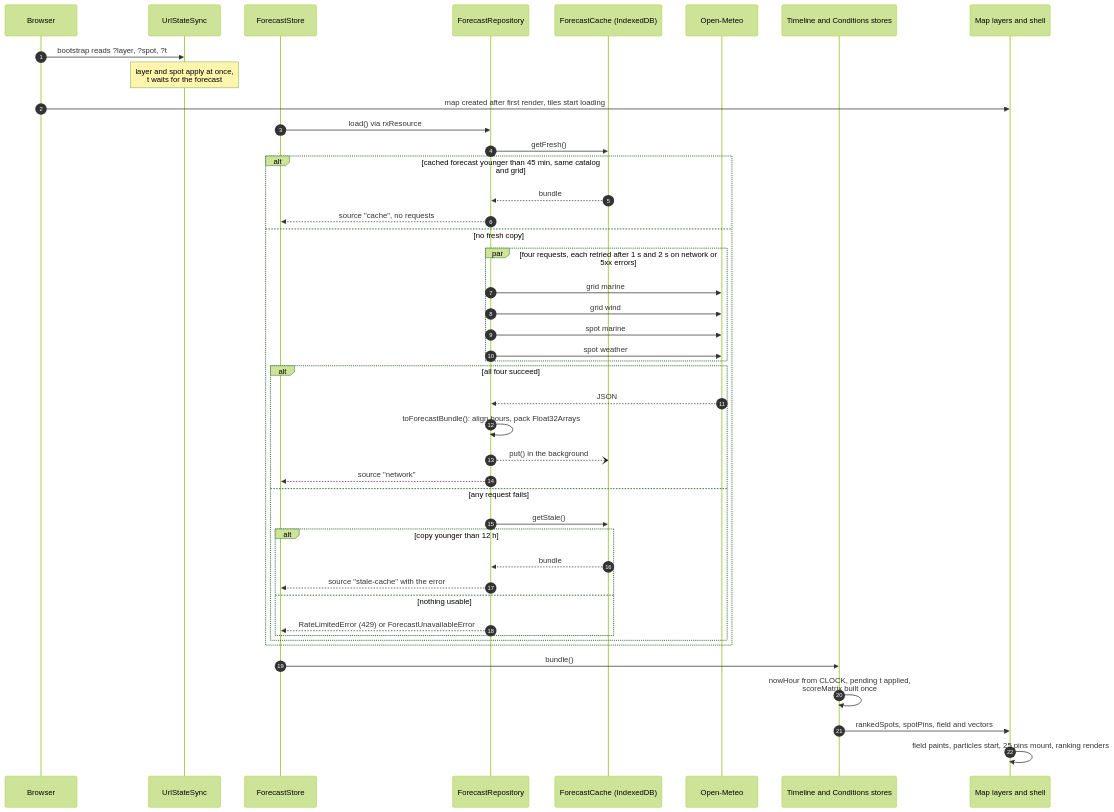
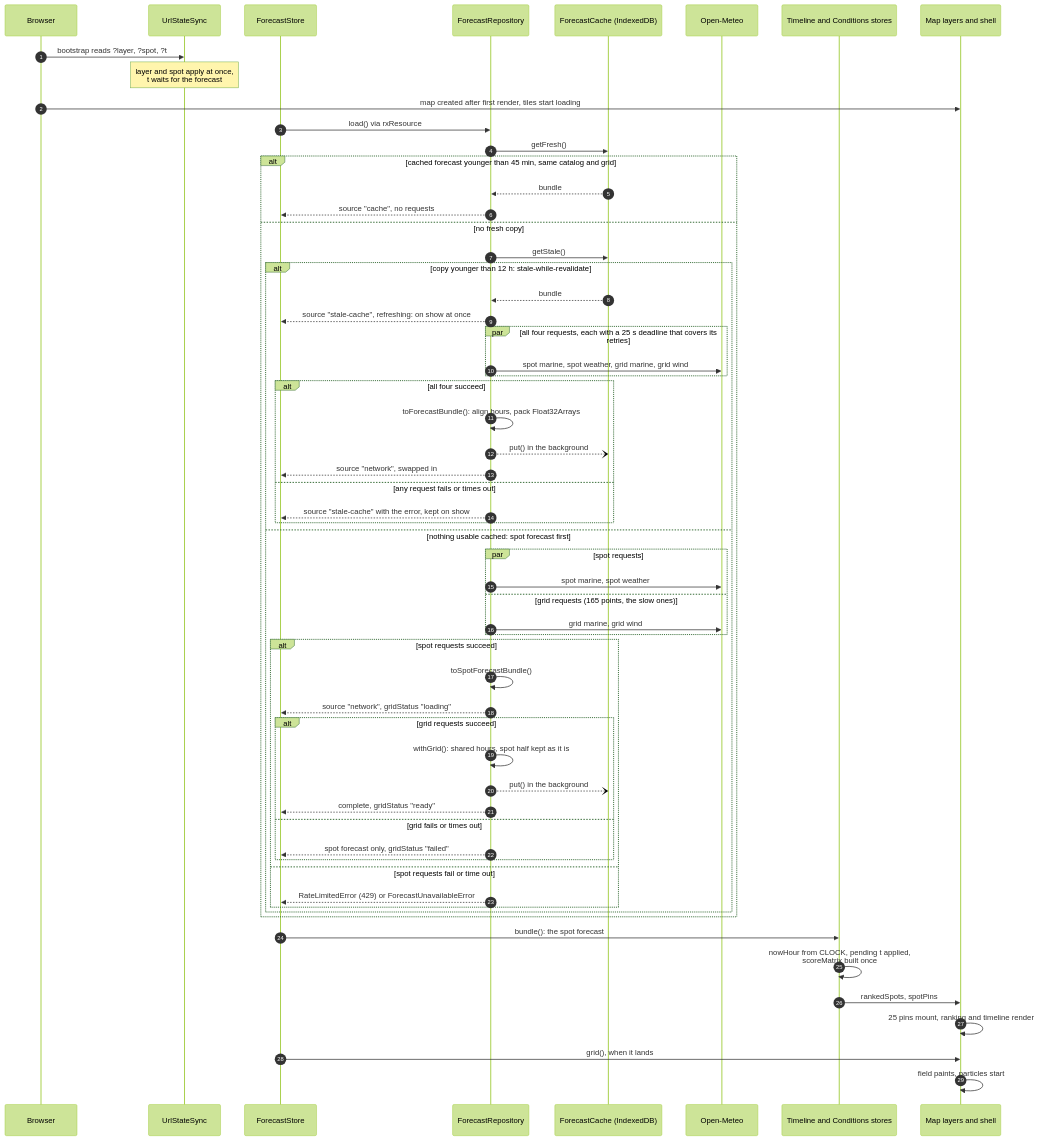
One commit to jamesablue/glassy changed the fifth of 7 diagrams in docs/architecture.md. Above: the diagram before and after it, drawn with Mermaid (forest theme). The commit also changed other lines of this file and 4 other files, not shown here.

First line of the commit message:
docs: describe the progressive startup and stale-while-revalidate cache

````diff
--- a/docs/architecture.md
+++ b/docs/architecture.md
@@ -192,47 +193,63 @@
 ```mermaid
 sequenceDiagram
   autonumber
   participant B as Browser
   participant U as UrlStateSync
   participant FS as ForecastStore
   participant R as ForecastRepository
   participant C as ForecastCache (IndexedDB)
   participant OM as Open-Meteo
   participant S as Timeline and Conditions stores
   participant M as Map layers and shell
 
   B->>U: bootstrap reads ?layer, ?spot, ?t
   Note over U: layer and spot apply at once,<br/>t waits for the forecast
   B->>M: map created after first render, tiles start loading
   FS->>R: load() via rxResource
   R->>C: getFresh()
   alt cached forecast younger than 45 min, same catalog and grid
     C-->>R: bundle
     R-->>FS: source "cache", no requests
   else no fresh copy
-    par four requests, each retried after 1 s and 2 s on network or 5xx errors
-      R->>OM: grid marine
-      R->>OM: grid wind
-      R->>OM: spot marine
-      R->>OM: spot weather
-    end
-    alt all four succeed
-      OM-->>R: JSON
-      R->>R: toForecastBundle(): align hours, pack Float32Arrays
-      R--)C: put() in the background
-      R-->>FS: source "network"
-    else any request fails
-      R->>C: getStale()
-      alt copy younger than 12 h
-        C-->>R: bundle
-        R-->>FS: source "stale-cache" with the error
-      else nothing usable
+    R->>C: getStale()
+    alt copy younger than 12 h: stale-while-revalidate
+      C-->>R: bundle
+      R-->>FS: source "stale-cache", refreshing: on show at once
+      par all four requests, each with a 25 s deadline that covers its retries
+        R->>OM: spot marine, spot weather, grid marine, grid wind
+      end
+      alt all four succeed
+        R->>R: toForecastBundle(): align hours, pack Float32Arrays
+        R--)C: put() in the background
+        R-->>FS: source "network", swapped in
+      else any request fails or times out
+        R-->>FS: source "stale-cache" with the error, kept on show
+      end
+    else nothing usable cached: spot forecast first
+      par spot requests
+        R->>OM: spot marine, spot weather
+      and grid requests (165 points, the slow ones)
+        R->>OM: grid marine, grid wind
+      end
+      alt spot requests succeed
+        R->>R: toSpotForecastBundle()
+        R-->>FS: source "network", gridStatus "loading"
+        alt grid requests succeed
+          R->>R: withGrid(): shared hours, spot half kept as it is
+          R--)C: put() in the background
+          R-->>FS: complete, gridStatus "ready"
+        else grid fails or times out
+          R-->>FS: spot forecast only, gridStatus "failed"
+        end
+      else spot requests fail or time out
         R-->>FS: RateLimitedError (429) or ForecastUnavailableError
       end
     end
   end
-  FS->>S: bundle()
+  FS->>S: bundle(): the spot forecast
   S->>S: nowHour from CLOCK, pending t applied,<br/>scoreMatrix built once
-  S->>M: rankedSpots, spotPins, field and vectors
-  M->>M: field paints, particles start, 25 pins mount, ranking renders
+  S->>M: rankedSpots, spotPins
+  M->>M: 25 pins mount, ranking and timeline render
+  FS->>M: grid(), when it lands
+  M->>M: field paints, particles start
 ```
````
